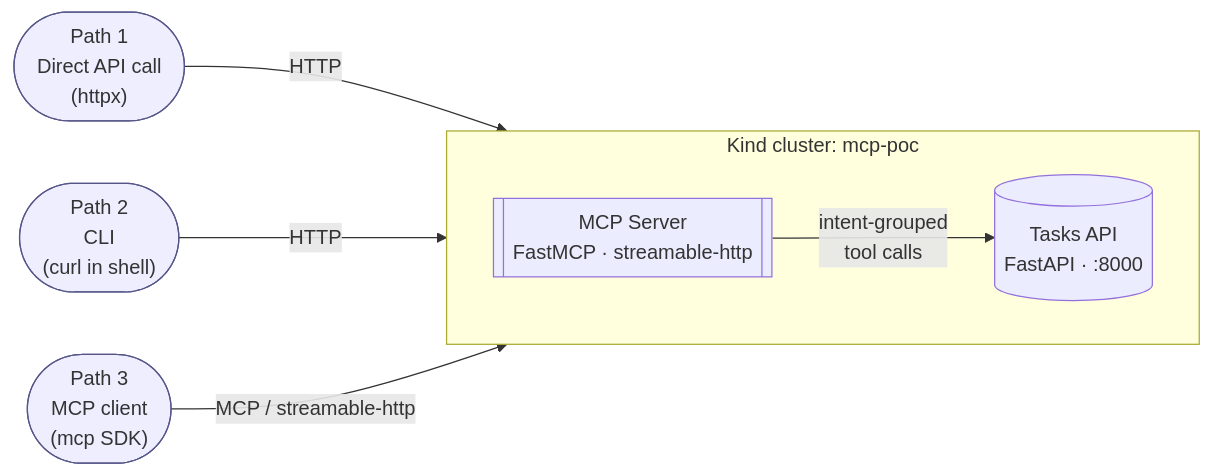
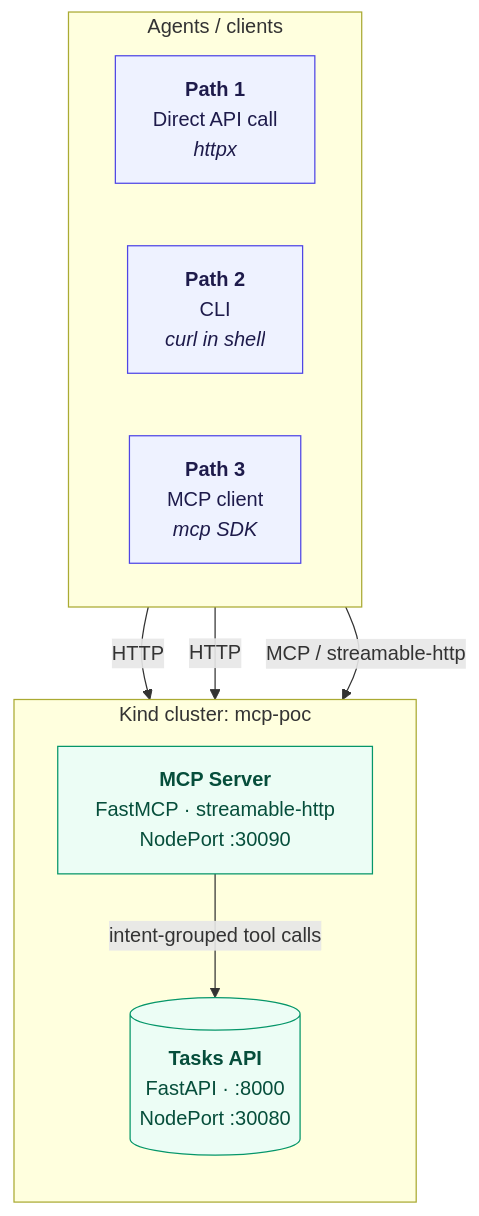
One commit to papagala/agent-skills-mcp-cli-apis-demo changed the diagram in README.md. Above: the diagram before and after it, drawn with Mermaid.

Commit message:
docs: rework architecture mermaid diagram for readability
Switch to top-down layout with clients grouped above the Kind cluster.
Adds NodePort labels, clearer service shapes, and themed client/service
classes so the three integration paths read cleanly on GitHub.

````diff
--- a/README.md
+++ b/README.md
@@ -16,16 +16,25 @@
 ```mermaid
-flowchart LR
-    subgraph kind[Kind cluster: mcp-poc]
+flowchart TD
+    subgraph clients["Agents / clients"]
         direction LR
-        api[("Tasks API<br/>FastAPI · :8000")]
-        mcp[["MCP Server<br/>FastMCP · streamable-http"]]
-        mcp -->|"intent-grouped<br/>tool calls"| api
+        direct["<b>Path 1</b><br/>Direct API call<br/><i>httpx</i>"]
+        cli["<b>Path 2</b><br/>CLI<br/><i>curl in shell</i>"]
+        agent["<b>Path 3</b><br/>MCP client<br/><i>mcp SDK</i>"]
     end
 
-    direct(["Path 1<br/>Direct API call<br/>(httpx)"]) -->|"HTTP"| api
-    cli(["Path 2<br/>CLI<br/>(curl in shell)"]) -->|"HTTP"| api
-    agent(["Path 3<br/>MCP client<br/>(mcp SDK)"]) -->|"MCP / streamable-http"| mcp
+    subgraph kind["Kind cluster: mcp-poc"]
+        direction TB
+        mcp["<b>MCP Server</b><br/>FastMCP · streamable-http<br/>NodePort :30090"]
+        api[("<b>Tasks API</b><br/>FastAPI · :8000<br/>NodePort :30080")]
+        mcp -- "intent-grouped tool calls" --> api
+    end
 
-    classDef path fill:#eef,stroke:#558,stroke-width:1px;
-    class direct,cli,agent path;
+    direct -- "HTTP" --> api
+    cli -- "HTTP" --> api
+    agent -- "MCP / streamable-http" --> mcp
+
+    classDef client fill:#eef2ff,stroke:#4f46e5,stroke-width:1px,color:#1e1b4b;
+    classDef service fill:#ecfdf5,stroke:#059669,stroke-width:1px,color:#064e3b;
+    class direct,cli,agent client;
+    class mcp,api service;
 ```
````
